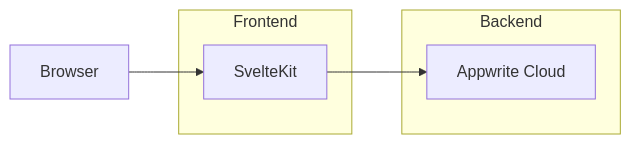
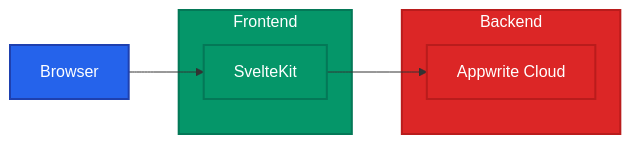
One commit to kafle1/timetablepro changed the diagram in README.md. Above: the diagram before and after it, drawn with Mermaid. The commit also changed 1 other file, not shown here.

Commit message:
docs: Update diagrams with strong, accessible color scheme

````diff
--- a/README.md
+++ b/README.md
@@ -28,13 +28,24 @@
 ```mermaid
 graph LR
     Client[Browser] --> SvelteKit
     SvelteKit --> Appwrite[Appwrite Cloud]
     
     subgraph Frontend
         SvelteKit
     end
     
     subgraph Backend
         Appwrite
     end
+
+    %% Strong, accessible colors
+    classDef client fill:#2563eb,color:#ffffff,stroke:#1e40af,stroke-width:2px
+    classDef frontend fill:#059669,color:#ffffff,stroke:#047857,stroke-width:2px
+    classDef backend fill:#dc2626,color:#ffffff,stroke:#b91c1c,stroke-width:2px
+
+    class Client client
+    class SvelteKit frontend
+    class Appwrite backend
+    class Frontend frontend
+    class Backend backend
 ```
````
